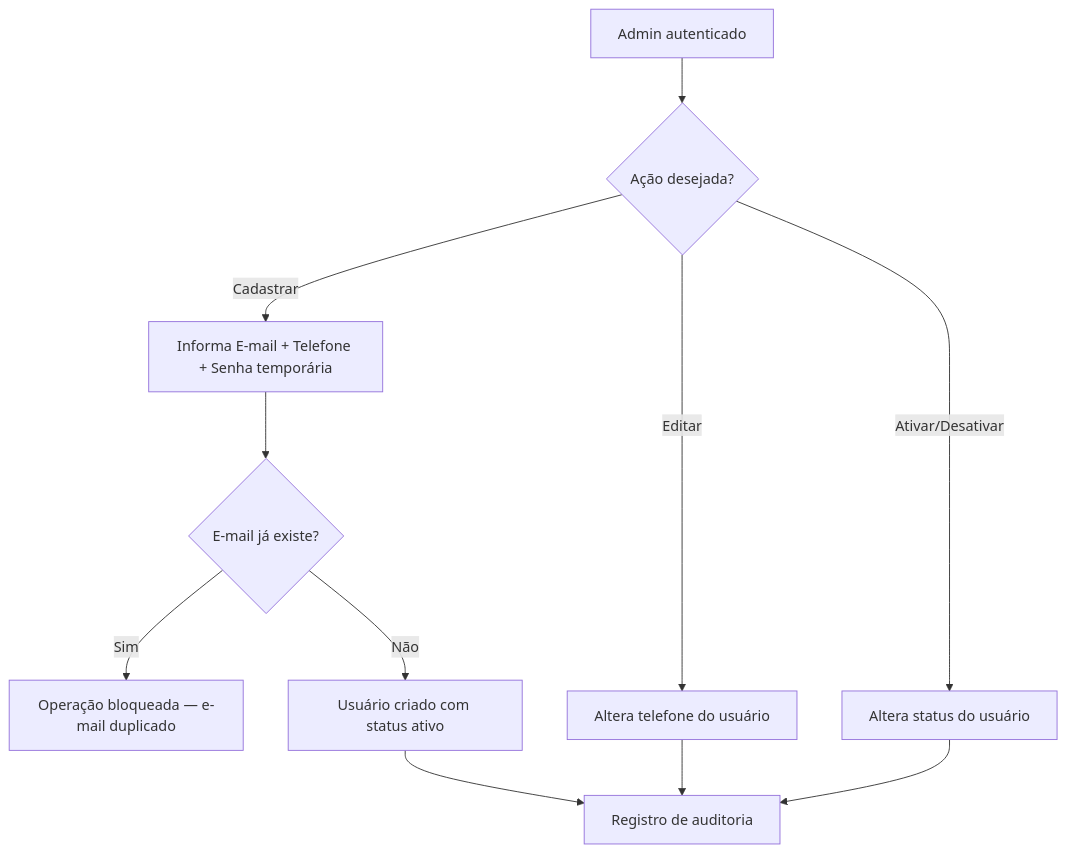
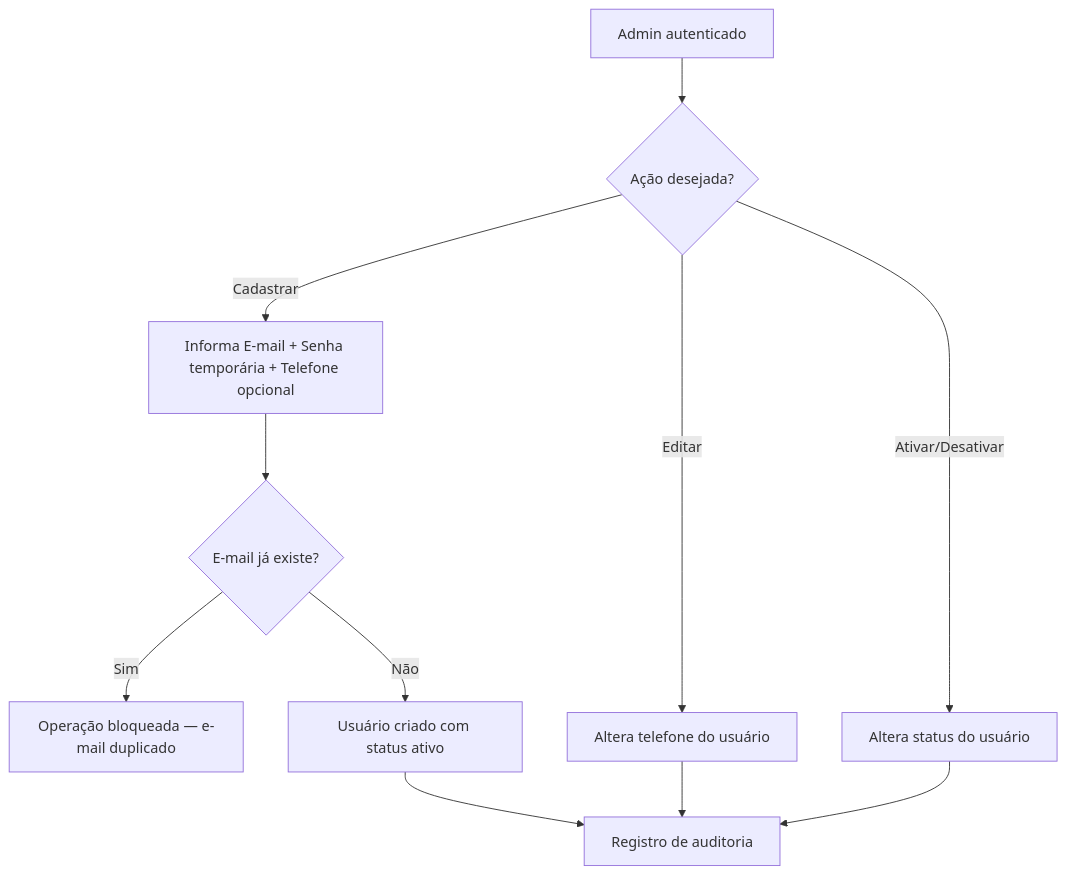
One commit to matheu5leone/karmaleoes-admin changed the third of 4 diagrams in modules/AUTENTICACAO_LOGIN_CONTROLE_SESSAO/FLOWCHART.md. Above: the diagram before and after it, drawn with Mermaid. The commit also changed other lines of this file and 6 other files, not shown here.

First line of the commit message:
docs: recuperação de senha por e-mail (remove SMS); telefone opcional

````diff
--- a/modules/AUTENTICACAO_LOGIN_CONTROLE_SESSAO/FLOWCHART.md
+++ b/modules/AUTENTICACAO_LOGIN_CONTROLE_SESSAO/FLOWCHART.md
@@ -50,13 +50,13 @@
 ```mermaid
 flowchart TD
     A[Admin autenticado] --> B{Ação desejada?}
-    B -- Cadastrar --> C[Informa E-mail + Telefone + Senha temporária]
+    B -- Cadastrar --> C[Informa E-mail + Senha temporária + Telefone opcional]
     C --> D{E-mail já existe?}
     D -- Sim --> E[Operação bloqueada — e-mail duplicado]
     D -- Não --> F[Usuário criado com status ativo]
     F --> G[Registro de auditoria]
     B -- Editar --> H[Altera telefone do usuário]
     H --> G
     B -- Ativar/Desativar --> I[Altera status do usuário]
     I --> G
 ```
````
